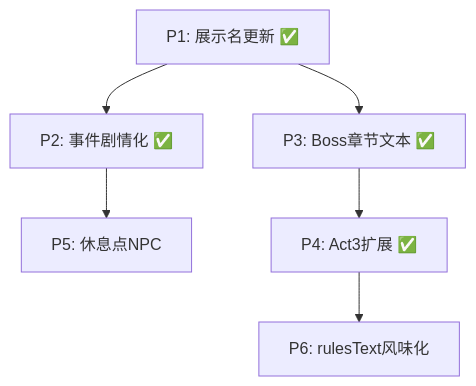
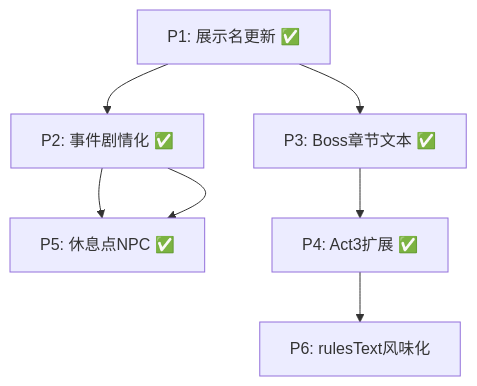
Before and after one commit to chiimagnus/salu: the diagram in .cursor/plans/plan-a-v0.1-detailed.md, drawn with Mermaid. The commit also changed other lines of this file, not shown here.

````diff
--- a/.cursor/plans/plan-a-v0.1-detailed.md
+++ b/.cursor/plans/plan-a-v0.1-detailed.md
@@ -244,8 +260,9 @@
 ```mermaid
 flowchart TD
     P1[P1: 展示名更新 ✅] --> P2[P2: 事件剧情化 ✅]
     P1 --> P3[P3: Boss章节文本 ✅]
     P2 --> P5[P5: 休息点NPC]
     P3 --> P4[P4: Act3扩展 ✅]
     P4 --> P6[P6: rulesText风味化]
+    P2 --> P5[P5: 休息点NPC ✅]
 ```
````
